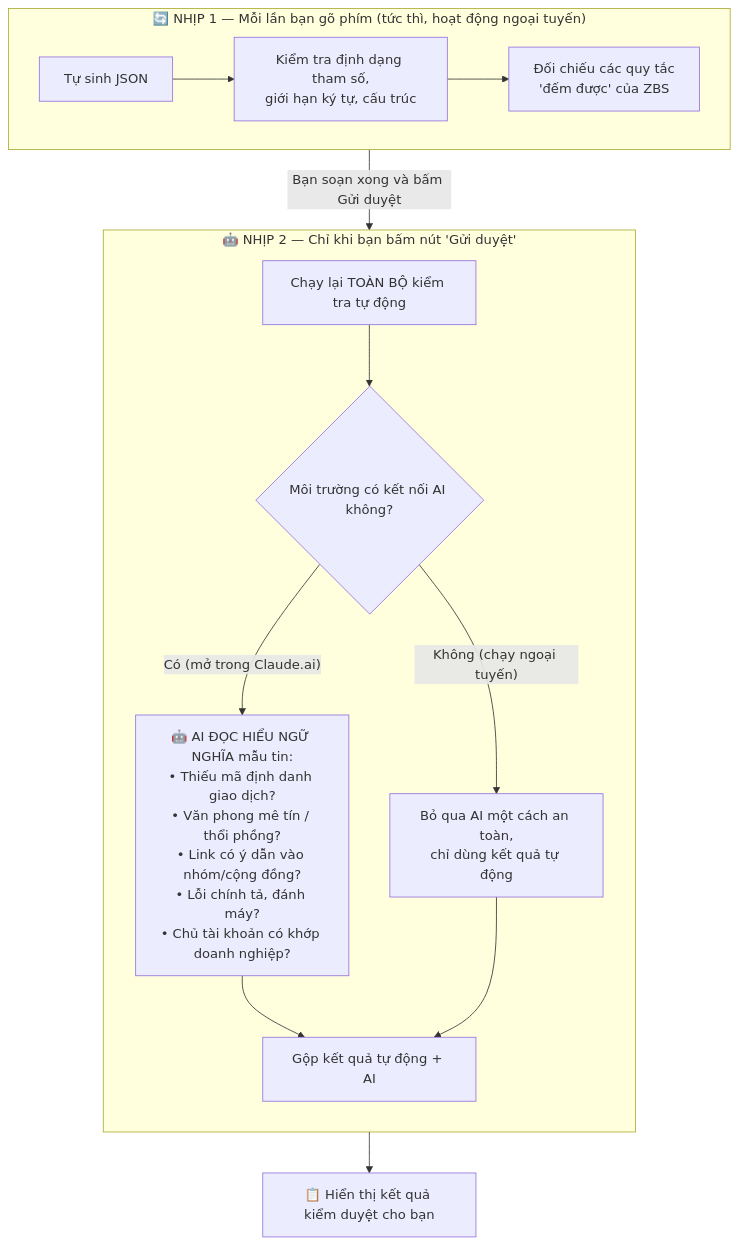
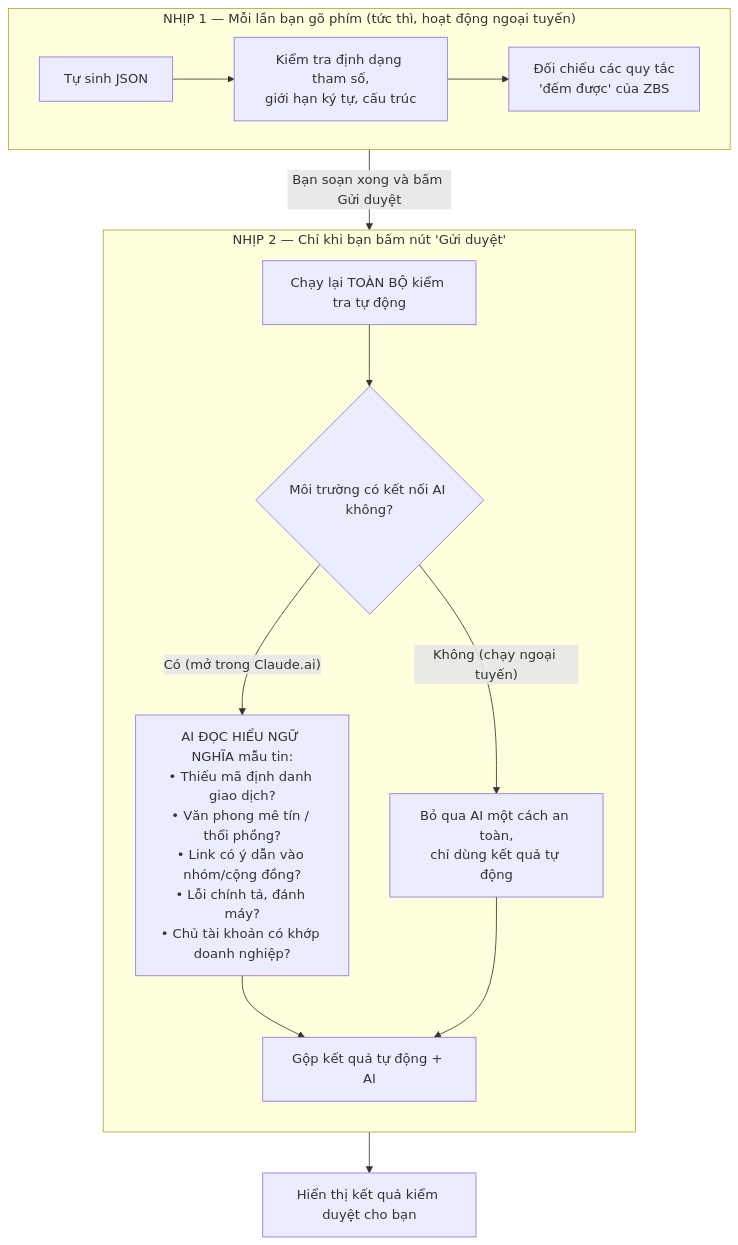
Before and after one commit to hwinhwork-dot/zbs-studio: the second of 3 diagrams in README.md, drawn with Mermaid. The commit also changed other lines of this file, not shown here.

````diff
--- a/README.md
+++ b/README.md
@@ -84,20 +84,20 @@
 ```mermaid
 flowchart TD
-    subgraph NHIP1["🔄 NHỊP 1 — Mỗi lần bạn gõ phím (tức thì, hoạt động ngoại tuyến)"]
+    subgraph NHIP1[" NHỊP 1 — Mỗi lần bạn gõ phím (tức thì, hoạt động ngoại tuyến)"]
         direction LR
         R1["Tự sinh JSON"] --> R2["Kiểm tra định dạng tham số,<br/>giới hạn ký tự, cấu trúc"]
         R2 --> R3["Đối chiếu các quy tắc<br/>'đếm được' của ZBS"]
     end
 
-    subgraph NHIP2["🤖 NHỊP 2 — Chỉ khi bạn bấm nút 'Gửi duyệt'"]
+    subgraph NHIP2[" NHỊP 2 — Chỉ khi bạn bấm nút 'Gửi duyệt'"]
         direction TB
         S1["Chạy lại TOÀN BỘ kiểm tra tự động"] --> S2{"Môi trường có kết nối AI không?"}
-        S2 -->|"Có (mở trong Claude.ai)"| S3["🤖 AI ĐỌC HIỂU NGỮ NGHĨA mẫu tin:<br/>• Thiếu mã định danh giao dịch?<br/>• Văn phong mê tín / thổi phồng?<br/>• Link có ý dẫn vào nhóm/cộng đồng?<br/>• Lỗi chính tả, đánh máy?<br/>• Chủ tài khoản có khớp doanh nghiệp?"]
+        S2 -->|"Có (mở trong Claude.ai)"| S3[" AI ĐỌC HIỂU NGỮ NGHĨA mẫu tin:<br/>• Thiếu mã định danh giao dịch?<br/>• Văn phong mê tín / thổi phồng?<br/>• Link có ý dẫn vào nhóm/cộng đồng?<br/>• Lỗi chính tả, đánh máy?<br/>• Chủ tài khoản có khớp doanh nghiệp?"]
         S2 -->|"Không (chạy ngoại tuyến)"| S4["Bỏ qua AI một cách an toàn,<br/>chỉ dùng kết quả tự động"]
         S3 --> S5["Gộp kết quả tự động + AI"]
         S4 --> S5
     end
 
     NHIP1 -->|"Bạn soạn xong và bấm Gửi duyệt"| NHIP2
-    S5 --> OUT["📋 Hiển thị kết quả kiểm duyệt cho bạn"]
+    S5 --> OUT[" Hiển thị kết quả kiểm duyệt cho bạn"]
 ```
````
